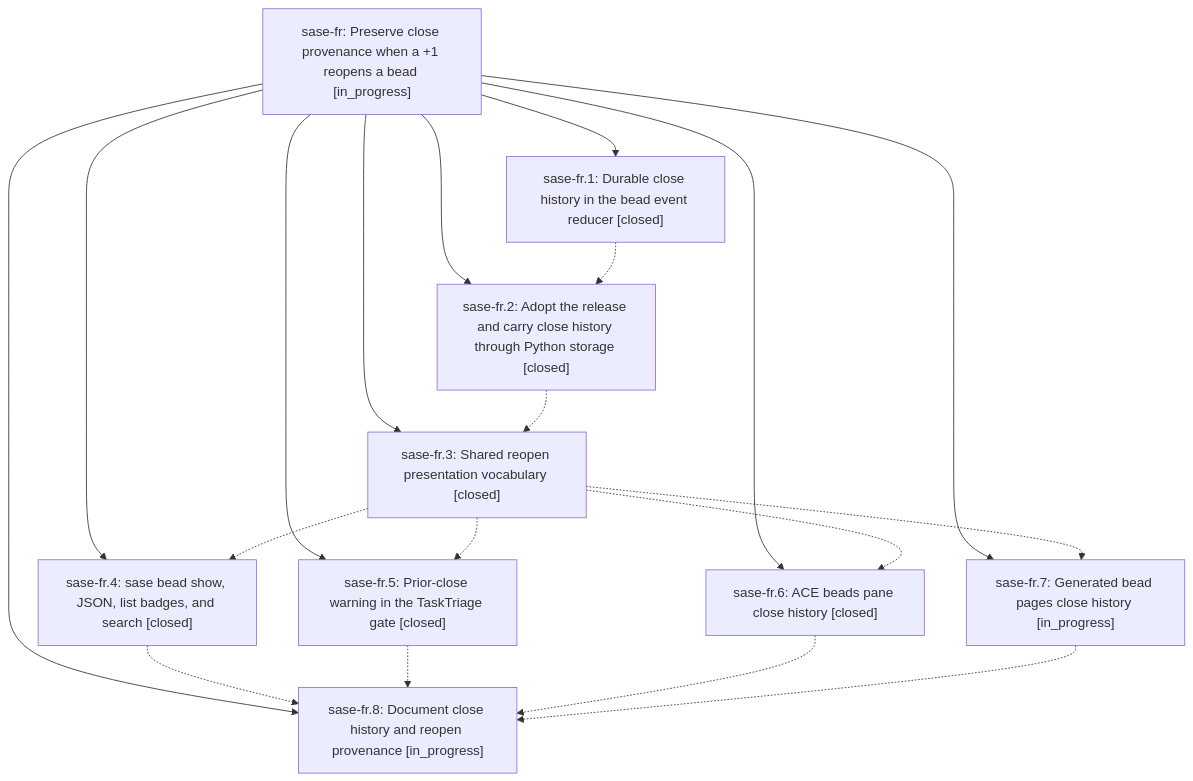
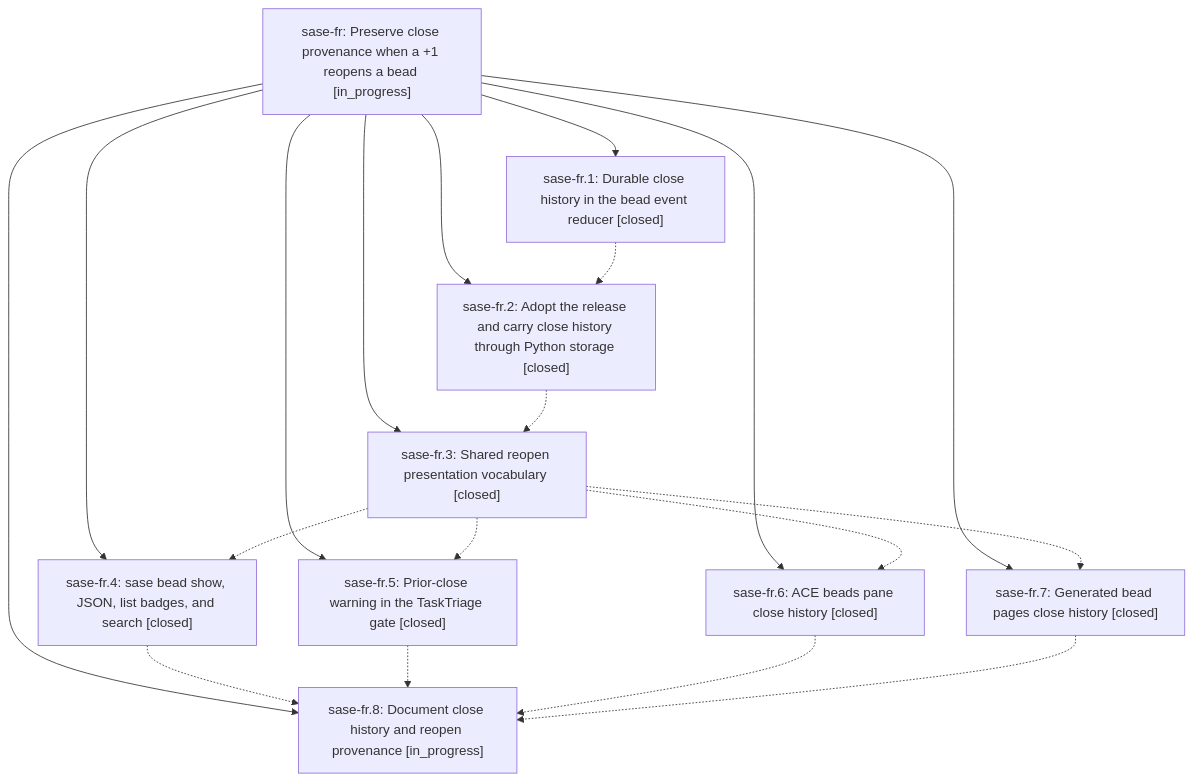
One commit to sase-org/sase--beads changed the diagram in pages/sase-fr/README.md. Above: the diagram before and after it, drawn with Mermaid. The commit also changed other lines of this file and 3 other files, not shown here.

First line of the commit message:
chore(beads): sync bead state and pages for sase-fr

````diff
--- a/pages/sase-fr/README.md
+++ b/pages/sase-fr/README.md
@@ -29,30 +29,30 @@
 ```mermaid
 flowchart TD
     n0["sase-fr: Preserve close provenance when a +1 reopens a bead [in_progress]"]
     n1["sase-fr.1: Durable close history in the bead event reducer [closed]"]
     n2["sase-fr.2: Adopt the release and carry close history through Python storage [closed]"]
     n3["sase-fr.3: Shared reopen presentation vocabulary [closed]"]
     n4["sase-fr.4: sase bead show, JSON, list badges, and search [closed]"]
     n5["sase-fr.5: Prior-close warning in the TaskTriage gate [closed]"]
     n6["sase-fr.6: ACE beads pane close history [closed]"]
-    n7["sase-fr.7: Generated bead pages close history [in_progress]"]
+    n7["sase-fr.7: Generated bead pages close history [closed]"]
     n8["sase-fr.8: Document close history and reopen provenance [in_progress]"]
     n0 --> n1
     n0 --> n2
     n0 --> n3
     n0 --> n4
     n0 --> n5
     n0 --> n6
     n0 --> n7
     n0 --> n8
     n1 -.-> n2
     n2 -.-> n3
     n3 -.-> n4
     n3 -.-> n5
     n3 -.-> n6
     n3 -.-> n7
     n4 -.-> n8
     n5 -.-> n8
     n6 -.-> n8
     n7 -.-> n8
 ```
````
